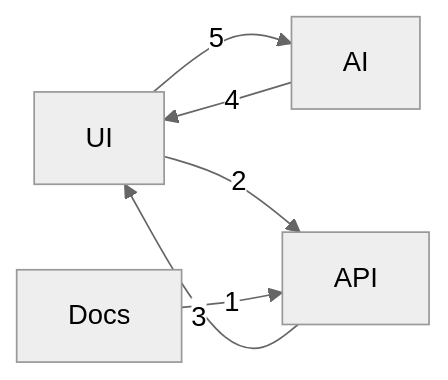
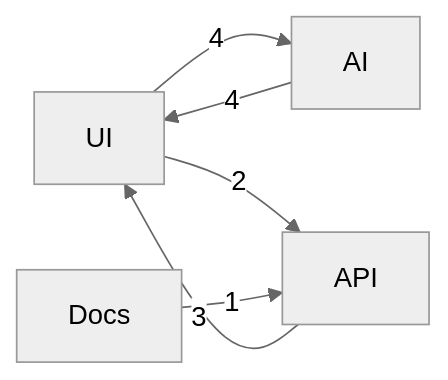
One commit to DeepExtrema/deepextrema changed the diagram in README.md. Above: the diagram before and after it, drawn with Mermaid (neutral theme). The commit also changed other lines of this file and 4 other files, not shown here.

````diff
--- a/README.md
+++ b/README.md
@@ -215,8 +215,8 @@
 ```mermaid
 graph LR
-    UI -->|5| AI
+    UI -->|4| AI
     AI -->|4| UI
     API -->|3| UI
     UI -->|2| API
     Docs -->|1| API
 ```
````
